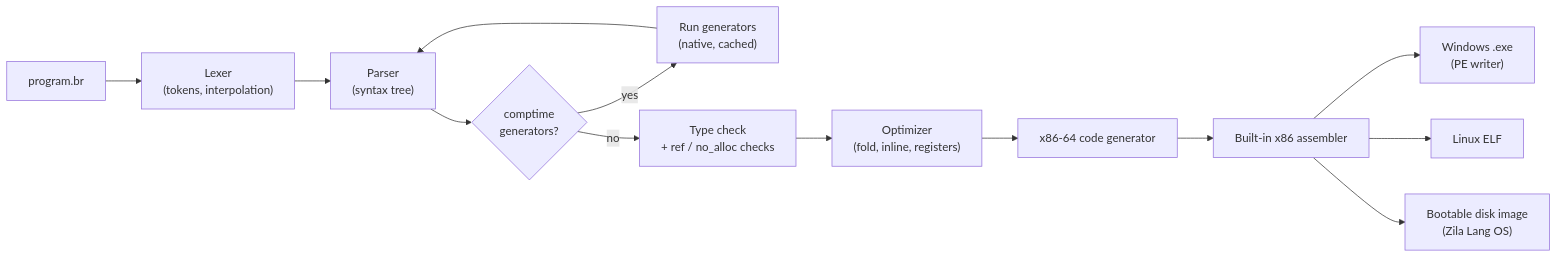
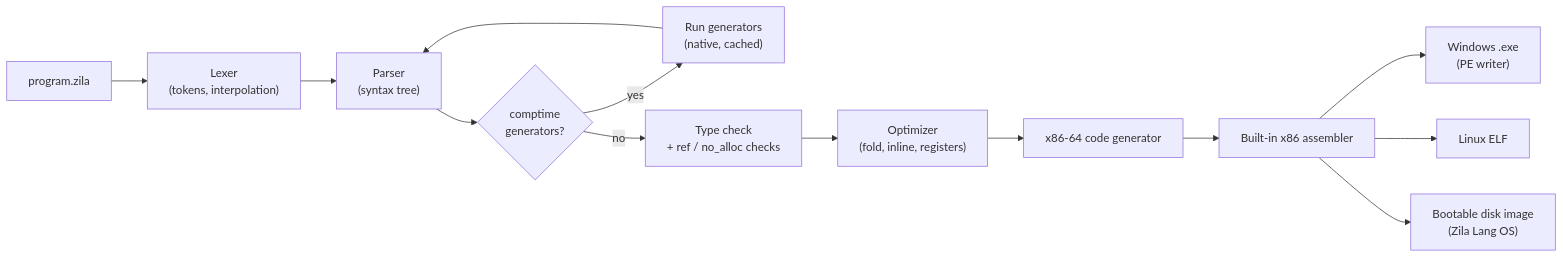
One commit to code4performance/zila changed the first of 7 diagrams in README.md. Above: the diagram before and after it, drawn with Mermaid. The commit also changed other lines of this file and 341 other files, not shown here.

````diff
--- a/README.md
+++ b/README.md
@@ -92,15 +92,15 @@
 ```mermaid
 flowchart LR
-    SRC["program.br"] --> LEX["Lexer<br/>(tokens, interpolation)"]
+    SRC["program.zila"] --> LEX["Lexer<br/>(tokens, interpolation)"]
     LEX --> PAR["Parser<br/>(syntax tree)"]
     PAR --> CT{"comptime<br/>generators?"}
     CT -- yes --> GEN["Run generators<br/>(native, cached)"]
     GEN --> PAR
     CT -- no --> CHK["Type check<br/>+ ref / no_alloc checks"]
     CHK --> OPT["Optimizer<br/>(fold, inline, registers)"]
     OPT --> CG["x86-64 code generator"]
     CG --> ASM["Built-in x86 assembler"]
     ASM --> PE["Windows .exe<br/>(PE writer)"]
     ASM --> ELF["Linux ELF"]
     ASM --> IMG["Bootable disk image<br/>(Zila Lang OS)"]
 ```
````
